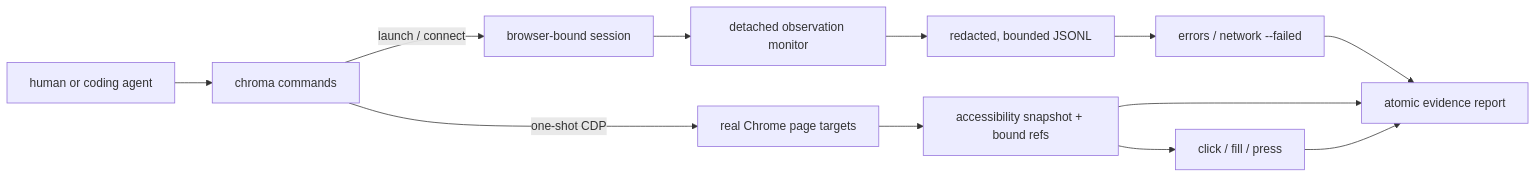
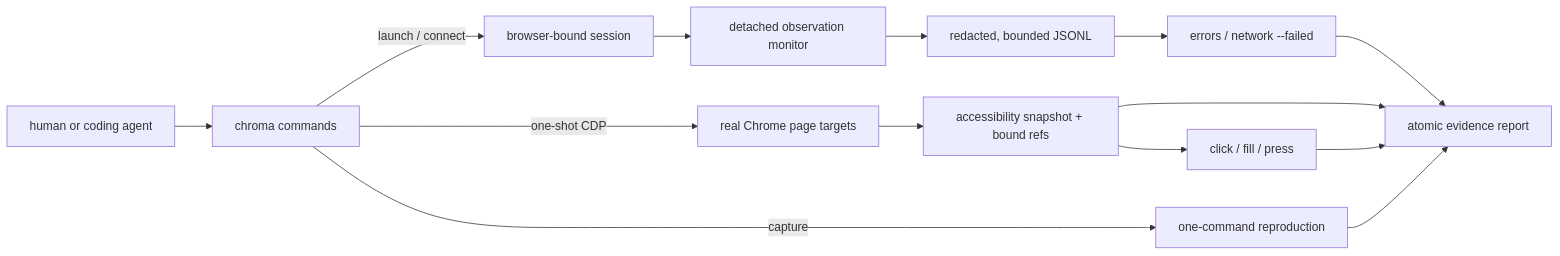
Before and after one commit to mun-jeong-min/BugBaton: the diagram in README.md, drawn with Mermaid. The commit also changed other lines of this file and 23 other files, not shown here.

````diff
--- a/README.md
+++ b/README.md
@@ -88,14 +81,16 @@
 ```mermaid
 flowchart LR
   Shell["human or coding agent"] --> CLI["chroma commands"]
+  CLI -->|capture| Recorder["one-command reproduction"]
   CLI -->|one-shot CDP| Chrome["real Chrome page targets"]
   CLI -->|launch / connect| Session["browser-bound session"]
   Session --> Monitor["detached observation monitor"]
   Monitor --> Log["redacted, bounded JSONL"]
   Log --> Findings["errors / network --failed"]
   Chrome --> Snapshot["accessibility snapshot + bound refs"]
   Snapshot --> Actions["click / fill / press"]
   Findings --> Report["atomic evidence report"]
   Snapshot --> Report
   Actions --> Report
+  Recorder --> Report
 ```
````
